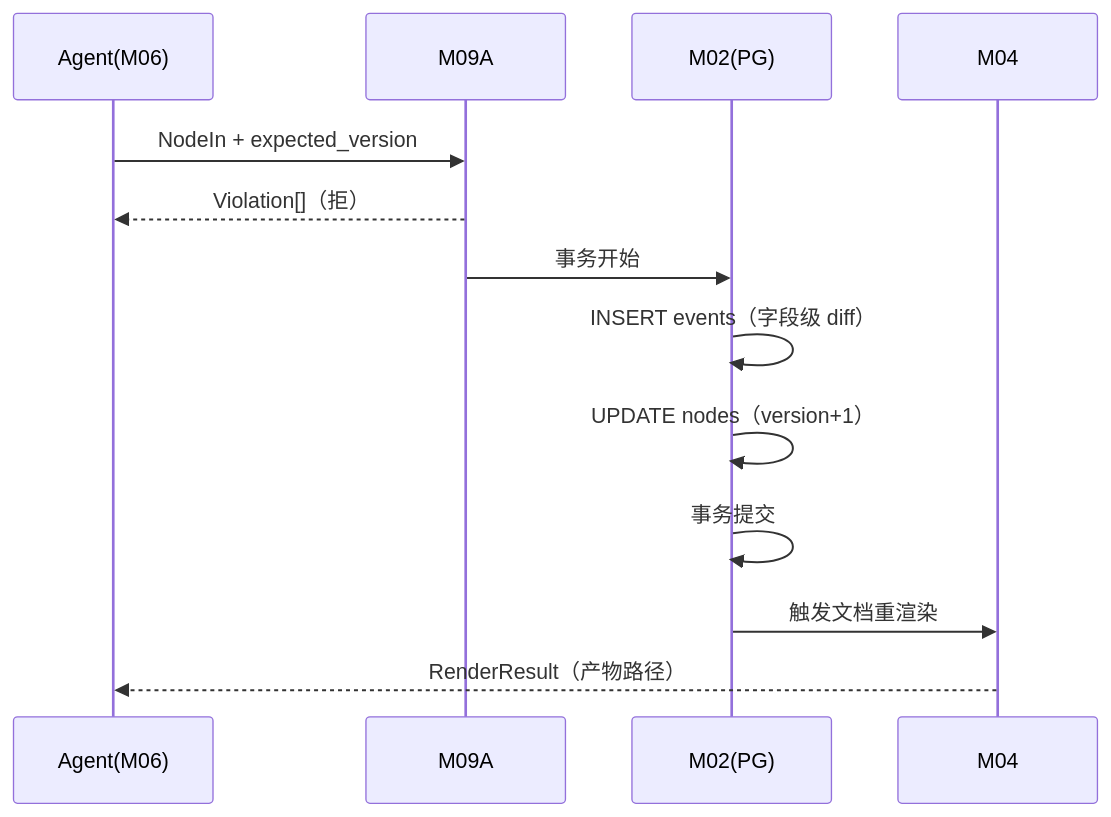
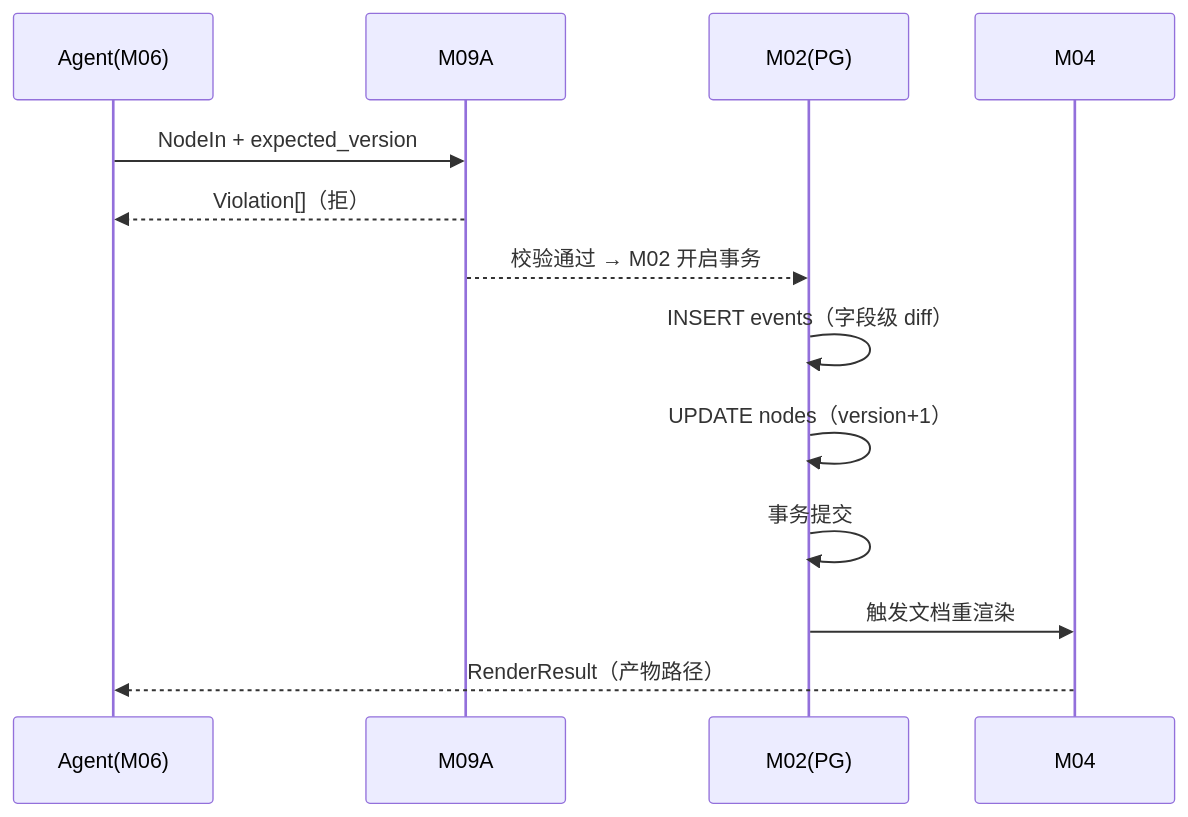
Before and after one commit to amoslee2026/AgenticDocer: the second of 4 diagrams in spec/arch_spec/data_flow_diagrams.md, drawn with Mermaid. The commit also changed 4 other files, not shown here.

````diff
--- a/spec/arch_spec/data_flow_diagrams.md
+++ b/spec/arch_spec/data_flow_diagrams.md
@@ -50,15 +50,15 @@
 ```mermaid
 sequenceDiagram
     participant A as Agent(M06)
     participant V as M09A
     participant S as M02(PG)
     participant R as M04
     A->>V: NodeIn + expected_version
     V-->>A: Violation[]（拒）
-    V->>S: 事务开始
+    V-->>S: 校验通过 → M02 开启事务
     S->>S: INSERT events（字段级 diff）
     S->>S: UPDATE nodes（version+1）
     S->>S: 事务提交
     S->>R: 触发文档重渲染
     R-->>A: RenderResult（产物路径）
 ```
````
